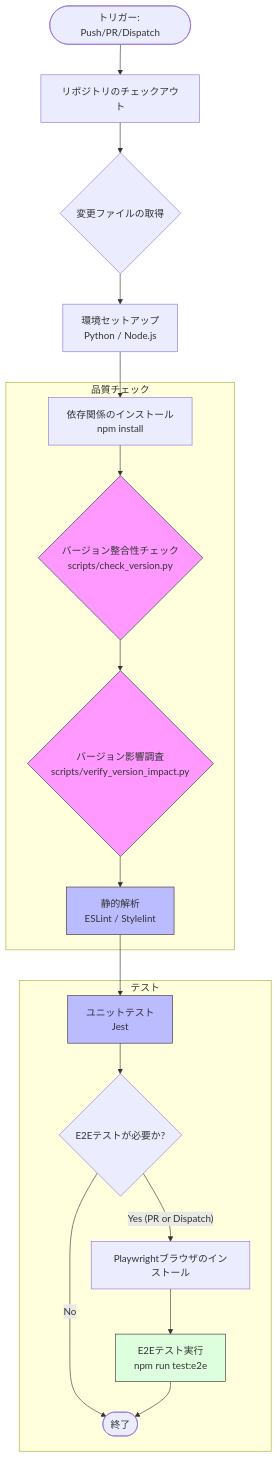
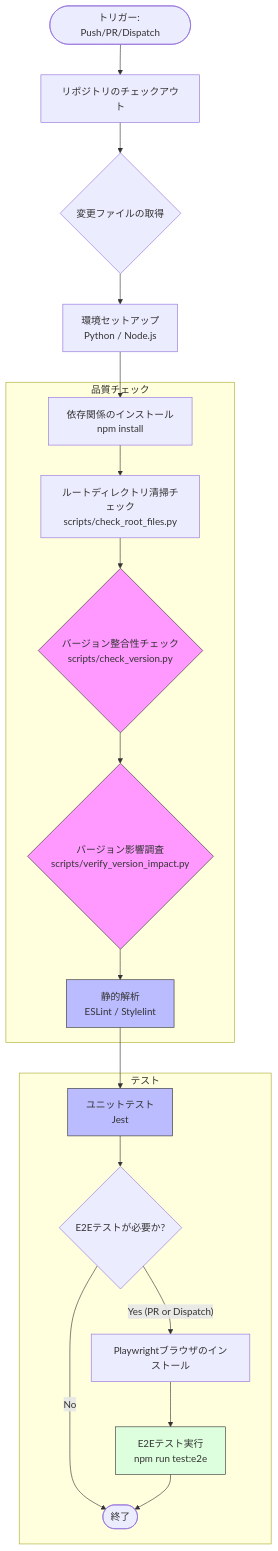
The first of 7 diagrams in docs/README_ACTIONS.md (masanori-satake/QuickLog-Solo), drawn with Mermaid before and after one commit. The commit also changed other lines of this file and 38 other files, not shown here.

````diff
--- a/docs/README_ACTIONS.md
+++ b/docs/README_ACTIONS.md
@@ -43,29 +43,30 @@
 ```mermaid
 graph TD
     Start([トリガー: Push/PR/Dispatch]) --> Checkout[リポジトリのチェックアウト]
     Checkout --> GetChanged{変更ファイルの取得}
 
     GetChanged --> Setup[環境セットアップ<br/>Python / Node.js]
     Setup --> Install[依存関係のインストール<br/>npm install]
 
     subgraph "品質チェック"
-        Install --> VerCheck{バージョン整合性チェック<br/>scripts/check_version.py}
+        Install --> CleanCheck[ルートディレクトリ清掃チェック<br/>scripts/check_root_files.py]
+        CleanCheck --> VerCheck{バージョン整合性チェック<br/>scripts/check_version.py}
         VerCheck --> VerImpact{バージョン影響調査<br/>scripts/verify_version_impact.py}
         VerImpact --> Lint[静的解析<br/>ESLint / Stylelint]
     end
 
     subgraph "テスト"
         Lint --> UnitTests[ユニットテスト<br/>Jest]
         UnitTests --> E2E{E2Eテストが必要か?}
         E2E -- Yes (PR or Dispatch) --> Playwright[Playwrightブラウザのインストール]
         Playwright --> RunE2E[E2Eテスト実行<br/>npm run test:e2e]
         E2E -- No --> End([終了])
         RunE2E --> End
     end
 
     style VerCheck fill:#f9f,stroke:#333
     style VerImpact fill:#f9f,stroke:#333
     style Lint fill:#bbf,stroke:#333
     style UnitTests fill:#bbf,stroke:#333
     style RunE2E fill:#dfd,stroke:#333
 ```
````
